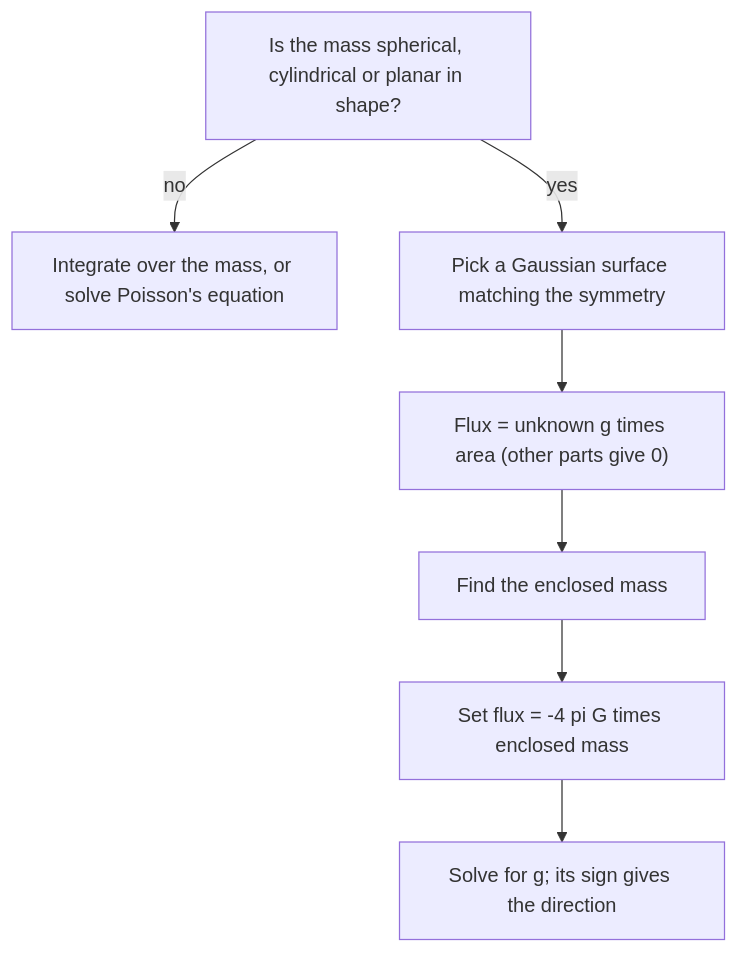
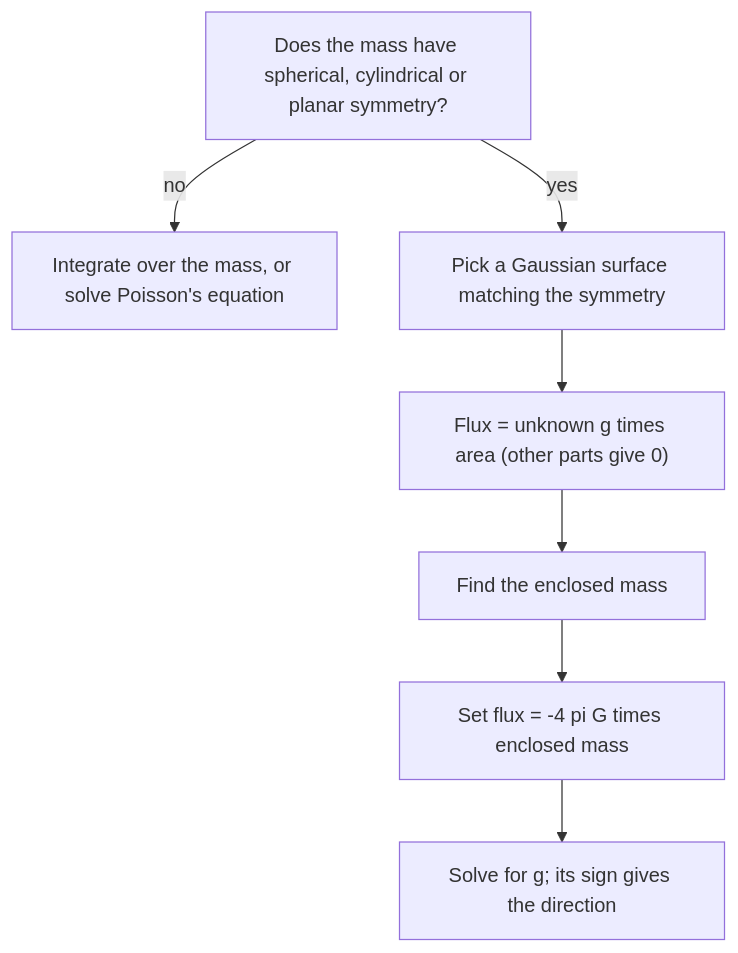
The diagram in content/math/multivariable/lessons/90-gravity-gauss.md (Aziliz/erudior), drawn with Mermaid before and after one commit. The commit also changed 15 other files, not shown here.

````diff
--- a/content/math/multivariable/lessons/90-gravity-gauss.md
+++ b/content/math/multivariable/lessons/90-gravity-gauss.md
@@ -73,11 +73,11 @@
 ```mermaid
 flowchart TD
   accTitle: Finding a field with Gauss's law
   accDescr: First ask whether the mass has spherical, cylindrical or planar symmetry. If not, Gauss's law is still true but does not find the field, so integrate over the mass directly or solve Poisson's equation. If it does, choose a Gaussian surface on which the field is constant and normal, or parallel to the surface. Write the flux in terms of the unknown field magnitude, find the enclosed mass, set the flux equal to minus 4 pi G times the enclosed mass, and solve.
-  A["Is the mass spherical, cylindrical or planar in shape?"] -- no --> B["Integrate over the mass, or solve Poisson's equation"]
+  A["Does the mass have spherical, cylindrical or planar symmetry?"] -- no --> B["Integrate over the mass, or solve Poisson's equation"]
   A -- yes --> C["Pick a Gaussian surface matching the symmetry"]
   C --> D["Flux = unknown g times area (other parts give 0)"]
   D --> E["Find the enclosed mass"]
   E --> F["Set flux = -4 pi G times enclosed mass"]
   F --> G["Solve for g; its sign gives the direction"]
 ```
````
